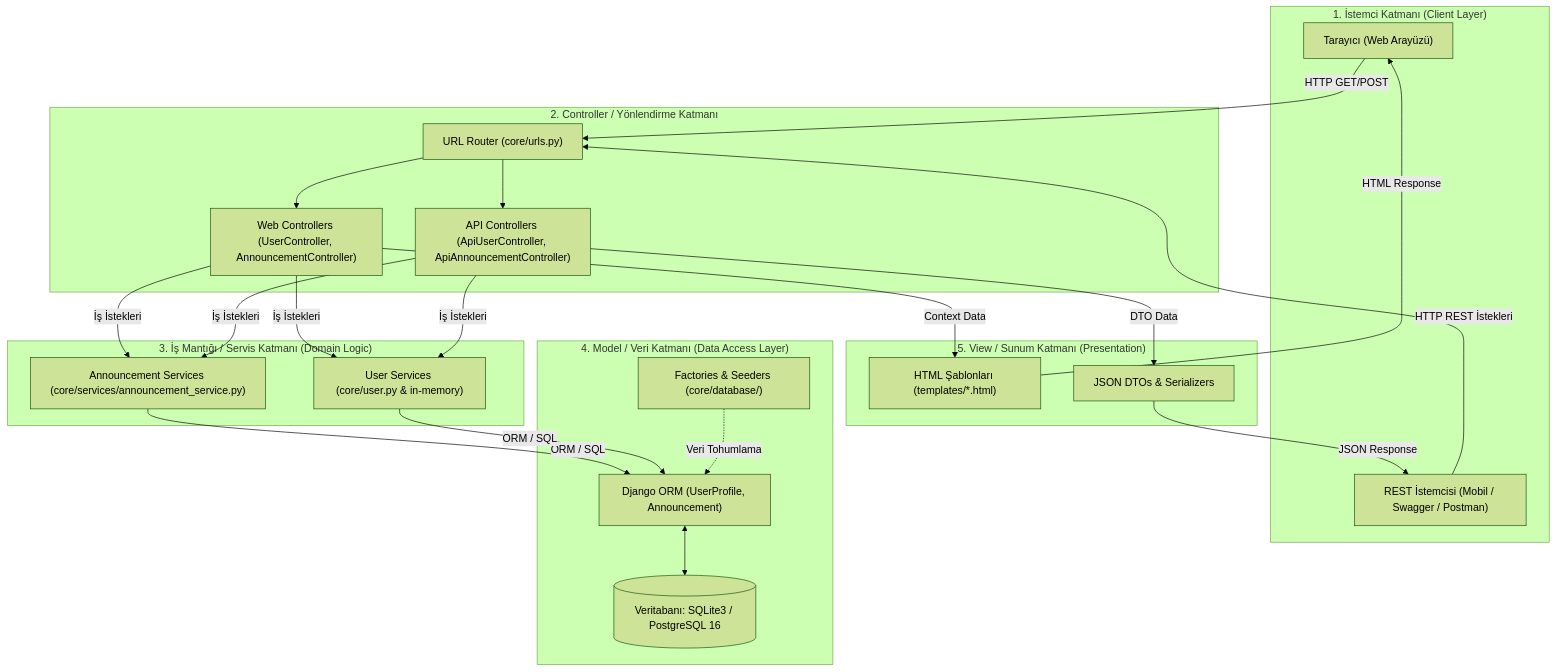
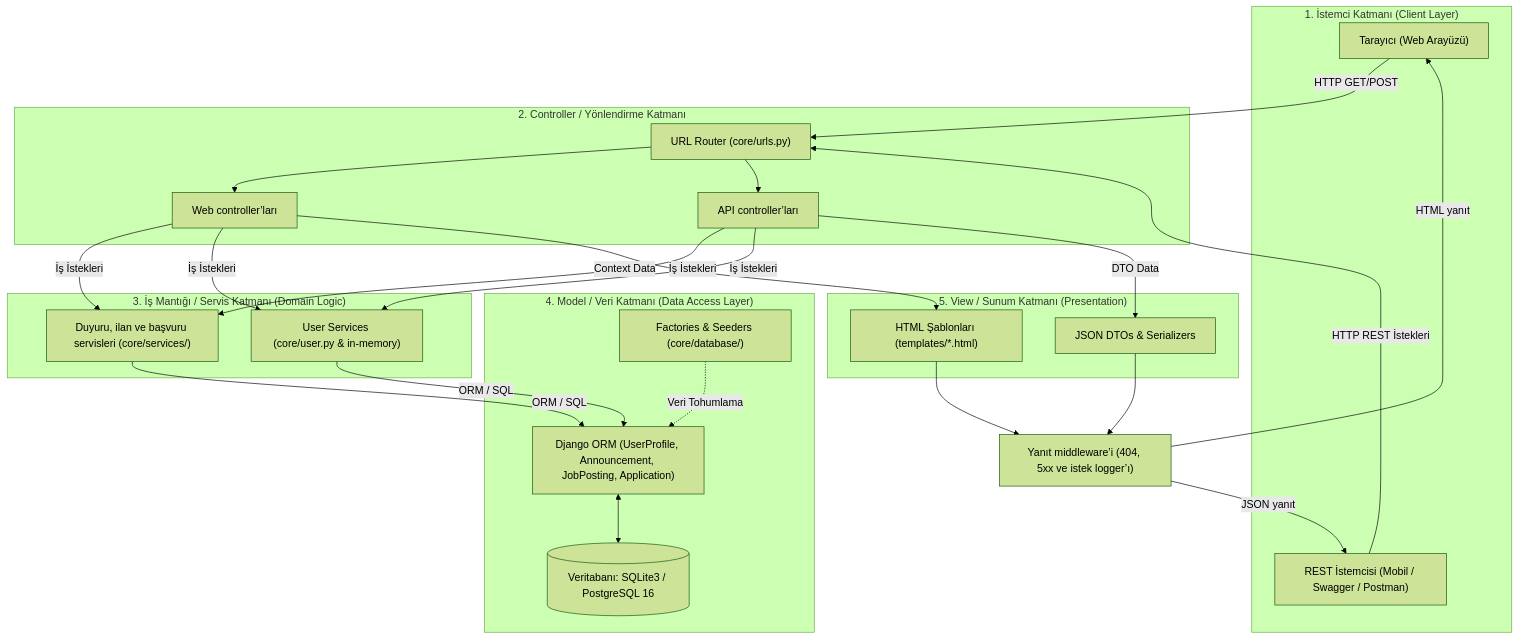
Before and after one commit to BahaBadem/alumni: the diagram in README.md, drawn with Mermaid (forest theme). The commit also changed other lines of this file and 18 other files, not shown here.

````diff
--- a/README.md
+++ b/README.md
@@ -51,51 +53,53 @@
 ```mermaid
 flowchart TD
     subgraph ClientLayer ["1. İstemci Katmanı (Client Layer)"]
         Browser["Tarayıcı (Web Arayüzü)"]
         ApiClient["REST İstemcisi (Mobil / Swagger / Postman)"]
     end
 
     subgraph ControllerLayer ["2. Controller / Yönlendirme Katmanı"]
         Urls["URL Router (core/urls.py)"]
-        WebControllers["Web Controllers (UserController, AnnouncementController)"]
-        ApiControllers["API Controllers (ApiUserController, ApiAnnouncementController)"]
+        WebControllers["Web controller’ları"]
+        ApiControllers["API controller’ları"]
     end
 
     subgraph ServiceLayer ["3. İş Mantığı / Servis Katmanı (Domain Logic)"]
         UserServices["User Services (core/user.py & in-memory)"]
-        AnnServices["Announcement Services (core/services/announcement_service.py)"]
+        DomainServices["Duyuru, ilan ve başvuru servisleri (core/services/)"]
     end
 
     subgraph ModelLayer ["4. Model / Veri Katmanı (Data Access Layer)"]
-        ORMModels["Django ORM (UserProfile, Announcement)"]
+        ORMModels["Django ORM (UserProfile, Announcement, JobPosting, Application)"]
         Database[("Veritabanı: SQLite3 / PostgreSQL 16")]
         Factories["Factories & Seeders (core/database/)"]
     end
 
     subgraph PresentationLayer ["5. View / Sunum Katmanı (Presentation)"]
         Templates["HTML Şablonları (templates/*.html)"]
         Serializers["JSON DTOs & Serializers"]
     end
 
     Browser -->|HTTP GET/POST| Urls
     ApiClient -->|HTTP REST İstekleri| Urls
 
     Urls --> WebControllers
     Urls --> ApiControllers
 
-    WebControllers -->|İş İstekleri| AnnServices
+    WebControllers -->|İş İstekleri| DomainServices
     WebControllers -->|İş İstekleri| UserServices
-    ApiControllers -->|İş İstekleri| AnnServices
+    ApiControllers -->|İş İstekleri| DomainServices
     ApiControllers -->|İş İstekleri| UserServices
 
-    AnnServices -->|ORM / SQL| ORMModels
+    DomainServices -->|ORM / SQL| ORMModels
     UserServices -->|ORM / SQL| ORMModels
     Factories -.->|Veri Tohumlama| ORMModels
     ORMModels <--> Database
 
     WebControllers -->|Context Data| Templates
     ApiControllers -->|DTO Data| Serializers
 
-    Templates -->|HTML Response| Browser
-    Serializers -->|JSON Response| ApiClient
+    Templates --> Middleware["Yanıt middleware’i (404, 5xx ve istek logger’ı)"]
+    Serializers --> Middleware
+    Middleware -->|HTML yanıt| Browser
+    Middleware -->|JSON yanıt| ApiClient
 ```
````
